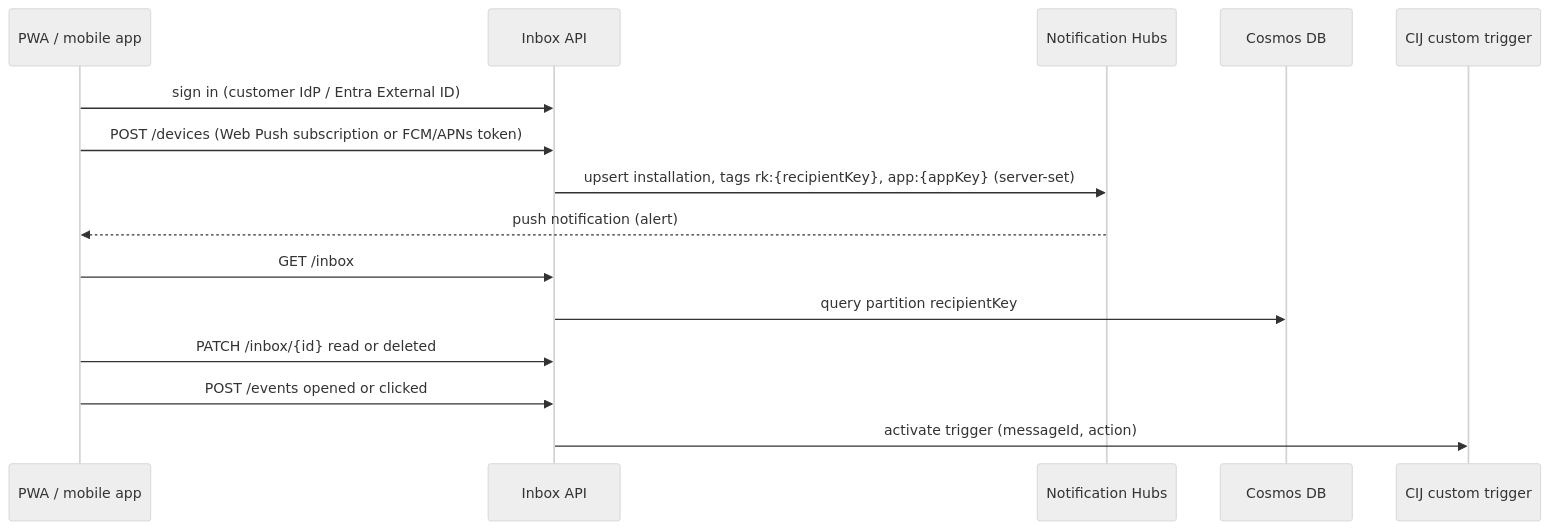
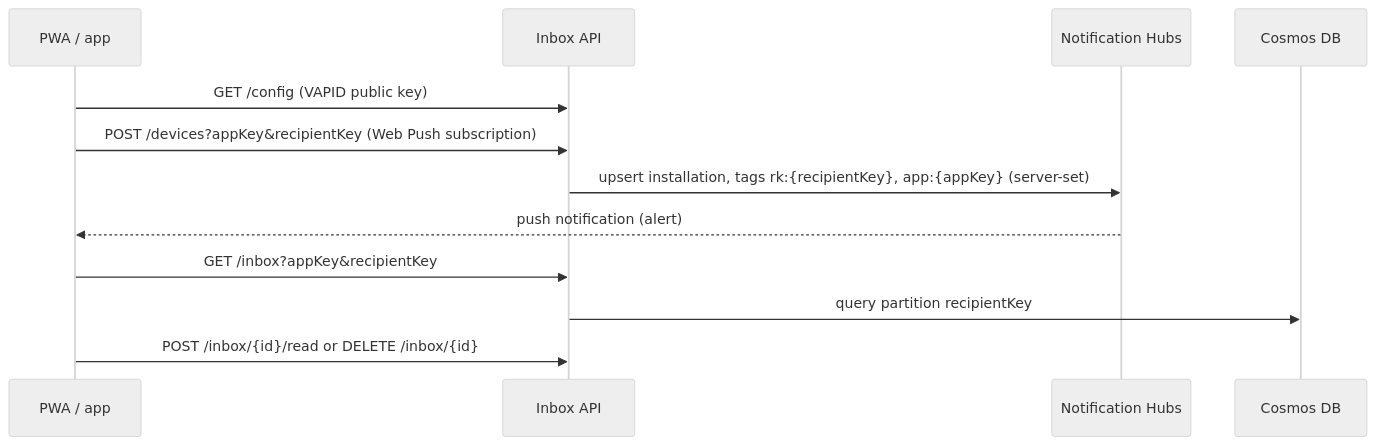
The third of 3 diagrams in docs/architecture.md (alexander-you/cij-push-inbox-custom-channel), drawn with Mermaid (neutral theme) before and after one commit. The commit also changed other lines of this file and 50 other files, not shown here.

````diff
--- a/docs/architecture.md
+++ b/docs/architecture.md
@@ -99,17 +112,14 @@
 ```mermaid
 sequenceDiagram
-  participant U as PWA / mobile app
+  participant U as PWA / app
   participant I as Inbox API
   participant N as Notification Hubs
   participant DB as Cosmos DB
-  participant T as CIJ custom trigger
-  U->>I: sign in (customer IdP / Entra External ID)
-  U->>I: POST /devices (Web Push subscription or FCM/APNs token)
+  U->>I: GET /config (VAPID public key)
+  U->>I: POST /devices?appKey&recipientKey (Web Push subscription)
   I->>N: upsert installation, tags rk:{recipientKey}, app:{appKey} (server-set)
   N-->>U: push notification (alert)
-  U->>I: GET /inbox
+  U->>I: GET /inbox?appKey&recipientKey
   I->>DB: query partition recipientKey
-  U->>I: PATCH /inbox/{id} read or deleted
-  U->>I: POST /events opened or clicked
-  I->>T: activate trigger (messageId, action)
+  U->>I: POST /inbox/{id}/read or DELETE /inbox/{id}
 ```
````
